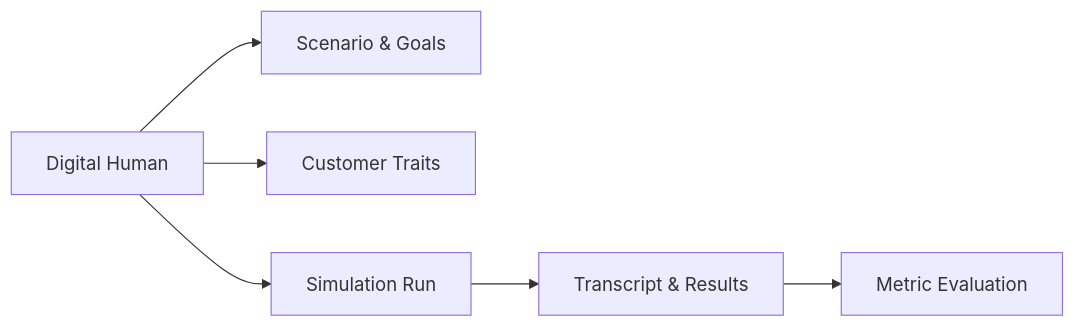
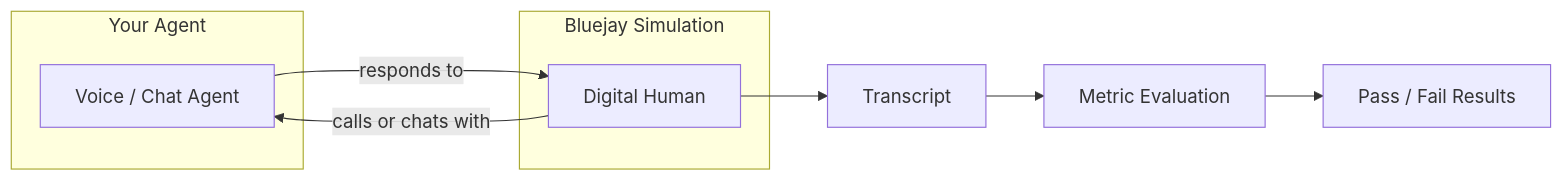
One commit to bluejay-ai-dev/docs changed the diagram in key-concepts/digital-humans/overview.mdx. Above: the diagram before and after it, drawn with Mermaid. The commit also changed other lines of this file and 5 other files, not shown here.

````diff
--- a/key-concepts/digital-humans/overview.mdx
+++ b/key-concepts/digital-humans/overview.mdx
@@ -19,8 +20,15 @@
 ```mermaid
 flowchart LR
-    DH[Digital Human] --> Scenario[Scenario & Goals]
-    DH --> Traits[Customer Traits]
-    DH --> Sim[Simulation Run]
-    Sim --> Transcript[Transcript & Results]
-    Transcript --> Eval[Metric Evaluation]
+    subgraph YourAgent["Your Agent"]
+        A[Voice / Chat Agent]
+    end
+
+    subgraph Bluejay["Bluejay Simulation"]
+        DH[Digital Human] -->|calls or chats with| A
+        A -->|responds to| DH
+    end
+
+    DH --> T[Transcript]
+    T --> E[Metric Evaluation]
+    E --> R[Pass / Fail Results]
 ```
````
